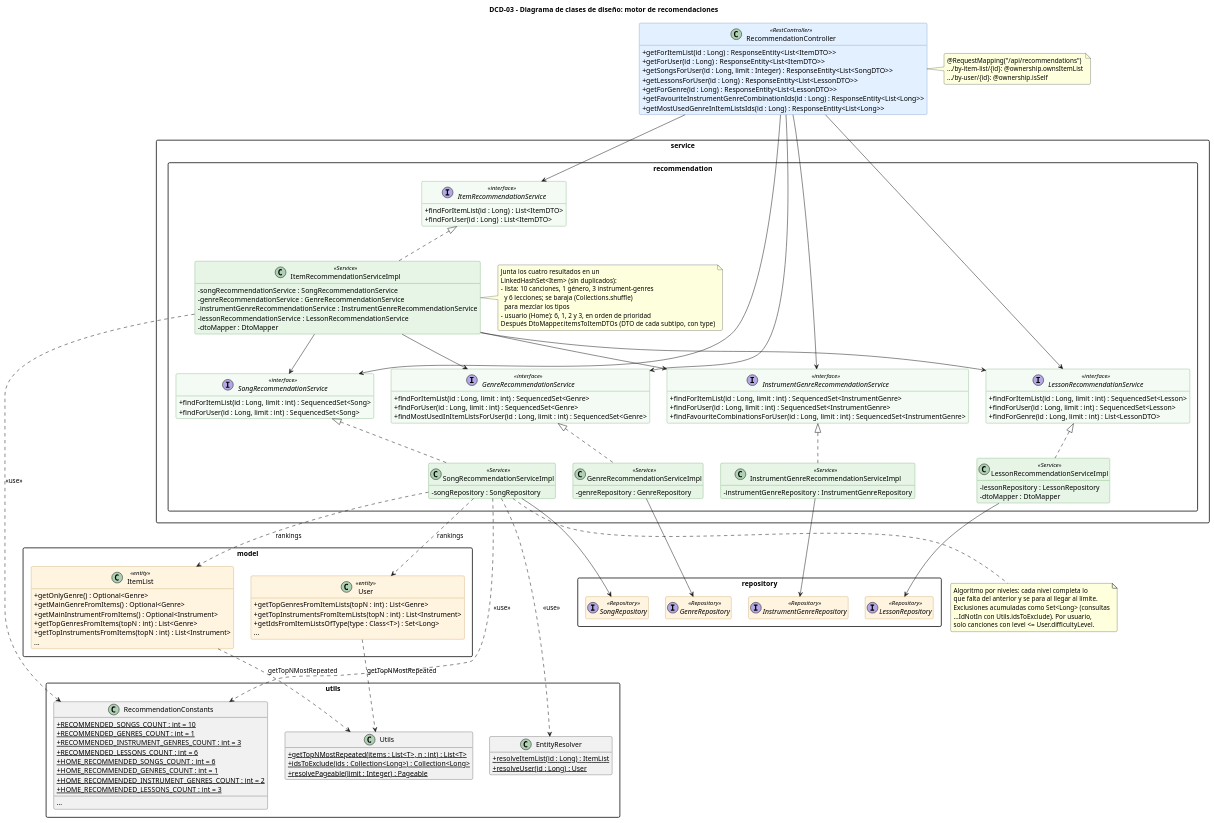
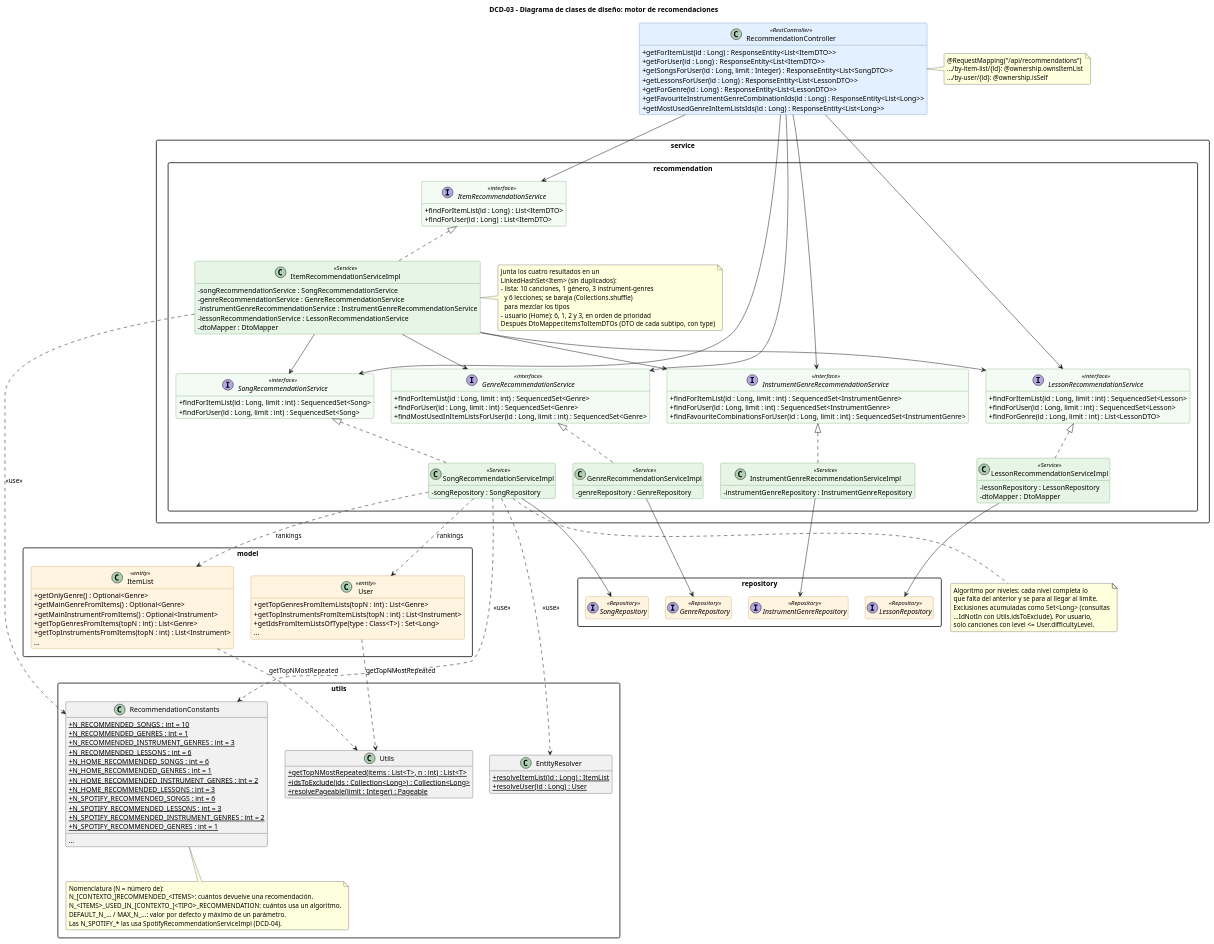
Before and after one commit to adrianmahialoredo/TFG: the diagram in diagrams/design_classes/DCD03_recomendaciones.puml, drawn with PlantUML. The commit also changed 142 other files, not shown here.

```diff
--- a/diagrams/design_classes/DCD03_recomendaciones.puml
+++ b/diagrams/design_classes/DCD03_recomendaciones.puml
@@ -1,183 +1,194 @@
 @startuml DCD-03
 title DCD-03 - Diagrama de clases de diseño: motor de recomendaciones
 
 ' Paquete service.recommendation: un servicio por tipo de item y un servicio combinador
 ' (ItemRecommendationService). Cada subservicio resuelve la lista o el usuario con
 ' EntityResolver y calcula los atributos dominantes con los rankings de dominio de ItemList
 ' / User (getTop...From..., getMain...From...), que usan Utils.getTopNMostRepeated.
 ' Las recomendaciones de Spotify están en DCD-04.
 ' Reglas: architecture.md §8 y recommendations.md.
 skinparam classAttributeIconSize 0
 skinparam roundcorner 6
 skinparam nodesep 35
 skinparam ranksep 70
 skinparam packageStyle rectangle
 skinparam class {
     BackgroundColor<<RestController>> #E3F0FF
     BorderColor<<RestController>> #3D6FA8
     BackgroundColor<<Service>> #E6F5E6
     BorderColor<<Service>> #3C8A3C
     BackgroundColor<<interface>> #F4FBF4
     BorderColor<<interface>> #3C8A3C
     BackgroundColor<<Repository>> #FFF4E0
     BorderColor<<Repository>> #B07A1F
     BackgroundColor<<entity>> #FFF4E0
     BorderColor<<entity>> #B07A1F
 }
 hide empty members
 
 class RecommendationController <<RestController>> {
     + getForItemList(id : Long) : ResponseEntity<List<ItemDTO>>
     + getForUser(id : Long) : ResponseEntity<List<ItemDTO>>
     + getSongsForUser(id : Long, limit : Integer) : ResponseEntity<List<SongDTO>>
     + getLessonsForUser(id : Long) : ResponseEntity<List<LessonDTO>>
     + getForGenre(id : Long) : ResponseEntity<List<LessonDTO>>
     + getFavouriteInstrumentGenreCombinationIds(id : Long) : ResponseEntity<List<Long>>
     + getMostUsedGenreInItemListsIds(id : Long) : ResponseEntity<List<Long>>
 }
 note right of RecommendationController : @RequestMapping("/api/recommendations")\n.../by-item-list/{id}: @ownership.ownsItemList\n.../by-user/{id}: @ownership.isSelf
 
 package "service.recommendation" {
     interface ItemRecommendationService <<interface>> {
         + findForItemList(id : Long) : List<ItemDTO>
         + findForUser(id : Long) : List<ItemDTO>
     }
 
     class ItemRecommendationServiceImpl <<Service>> {
         - songRecommendationService : SongRecommendationService
         - genreRecommendationService : GenreRecommendationService
         - instrumentGenreRecommendationService : InstrumentGenreRecommendationService
         - lessonRecommendationService : LessonRecommendationService
         - dtoMapper : DtoMapper
     }
     note right of ItemRecommendationServiceImpl
         Junta los cuatro resultados en un
         LinkedHashSet<Item> (sin duplicados):
         - lista: 10 canciones, 1 género, 3 instrument-genres
           y 6 lecciones; se baraja (Collections.shuffle)
           para mezclar los tipos
         - usuario (Home): 6, 1, 2 y 3, en orden de prioridad
         Después DtoMapper.itemsToItemDTOs (DTO de cada subtipo, con type)
     end note
 
     interface SongRecommendationService <<interface>> {
         + findForItemList(id : Long, limit : int) : SequencedSet<Song>
         + findForUser(id : Long, limit : int) : SequencedSet<Song>
     }
     interface GenreRecommendationService <<interface>> {
         + findForItemList(id : Long, limit : int) : SequencedSet<Genre>
         + findForUser(id : Long, limit : int) : SequencedSet<Genre>
         + findMostUsedInItemListsForUser(id : Long, limit : int) : SequencedSet<Genre>
     }
     interface InstrumentGenreRecommendationService <<interface>> {
         + findForItemList(id : Long, limit : int) : SequencedSet<InstrumentGenre>
         + findForUser(id : Long, limit : int) : SequencedSet<InstrumentGenre>
         + findFavouriteCombinationsForUser(id : Long, limit : int) : SequencedSet<InstrumentGenre>
     }
     interface LessonRecommendationService <<interface>> {
         + findForItemList(id : Long, limit : int) : SequencedSet<Lesson>
         + findForUser(id : Long, limit : int) : SequencedSet<Lesson>
         + findForGenre(id : Long, limit : int) : List<LessonDTO>
     }
 
     class SongRecommendationServiceImpl <<Service>> {
         - songRepository : SongRepository
     }
     class GenreRecommendationServiceImpl <<Service>> {
         - genreRepository : GenreRepository
     }
     class InstrumentGenreRecommendationServiceImpl <<Service>> {
         - instrumentGenreRepository : InstrumentGenreRepository
     }
     class LessonRecommendationServiceImpl <<Service>> {
         - lessonRepository : LessonRepository
         - dtoMapper : DtoMapper
     }
 }
 
 note bottom of SongRecommendationServiceImpl
     Algoritmo por niveles: cada nivel completa lo
     que falta del anterior y se para al llegar al límite.
     Exclusiones acumuladas como Set<Long> (consultas
     ...IdNotIn con Utils.idsToExclude). Por usuario,
     solo canciones con level <= User.difficultyLevel.
 end note
 
 package "model" {
     class ItemList <<entity>> {
         + getOnlyGenre() : Optional<Genre>
         + getMainGenreFromItems() : Optional<Genre>
         + getMainInstrumentFromItems() : Optional<Instrument>
         + getTopGenresFromItems(topN : int) : List<Genre>
         + getTopInstrumentsFromItems(topN : int) : List<Instrument>
         {method} ...
     }
     class User <<entity>> {
         + getTopGenresFromItemLists(topN : int) : List<Genre>
         + getTopInstrumentsFromItemLists(topN : int) : List<Instrument>
         + getIdsFromItemListsOfType(type : Class<T>) : Set<Long>
         {method} ...
     }
 }
 
 package "utils" {
     class EntityResolver {
         + {static} resolveItemList(id : Long) : ItemList
         + {static} resolveUser(id : Long) : User
     }
     class Utils {
         + {static} getTopNMostRepeated(items : List<T>, n : int) : List<T>
         + {static} idsToExclude(ids : Collection<Long>) : Collection<Long>
         + {static} resolvePageable(limit : Integer) : Pageable
     }
     class RecommendationConstants {
-        + {static} RECOMMENDED_SONGS_COUNT : int = 10
-        + {static} RECOMMENDED_GENRES_COUNT : int = 1
-        + {static} RECOMMENDED_INSTRUMENT_GENRES_COUNT : int = 3
-        + {static} RECOMMENDED_LESSONS_COUNT : int = 6
-        + {static} HOME_RECOMMENDED_SONGS_COUNT : int = 6
-        + {static} HOME_RECOMMENDED_GENRES_COUNT : int = 1
-        + {static} HOME_RECOMMENDED_INSTRUMENT_GENRES_COUNT : int = 2
-        + {static} HOME_RECOMMENDED_LESSONS_COUNT : int = 3
+        + {static} N_RECOMMENDED_SONGS : int = 10
+        + {static} N_RECOMMENDED_GENRES : int = 1
+        + {static} N_RECOMMENDED_INSTRUMENT_GENRES : int = 3
+        + {static} N_RECOMMENDED_LESSONS : int = 6
+        + {static} N_HOME_RECOMMENDED_SONGS : int = 6
+        + {static} N_HOME_RECOMMENDED_GENRES : int = 1
+        + {static} N_HOME_RECOMMENDED_INSTRUMENT_GENRES : int = 2
+        + {static} N_HOME_RECOMMENDED_LESSONS : int = 3
+        + {static} N_SPOTIFY_RECOMMENDED_SONGS : int = 6
+        + {static} N_SPOTIFY_RECOMMENDED_LESSONS : int = 3
+        + {static} N_SPOTIFY_RECOMMENDED_INSTRUMENT_GENRES : int = 2
+        + {static} N_SPOTIFY_RECOMMENDED_GENRES : int = 1
         {method} ...
     }
+    note bottom of RecommendationConstants
+        Nomenclatura (N = número de):
+        N_[CONTEXTO_]RECOMMENDED_<ITEMS>: cuántos devuelve una recomendación.
+        N_<ITEMS>_USED_IN_[CONTEXTO_]<TIPO>_RECOMMENDATION: cuántos usa un algoritmo.
+        DEFAULT_N_... / MAX_N_...: valor por defecto y máximo de un parámetro.
+        Las N_SPOTIFY_* las usa SpotifyRecommendationServiceImpl (DCD-04).
+    end note
 }
 
 package "repository" {
     interface SongRepository <<Repository>>
     interface GenreRepository <<Repository>>
     interface InstrumentGenreRepository <<Repository>>
     interface LessonRepository <<Repository>>
 }
 
 RecommendationController --> ItemRecommendationService
 RecommendationController --> SongRecommendationService
 RecommendationController --> GenreRecommendationService
 RecommendationController --> InstrumentGenreRecommendationService
 RecommendationController --> LessonRecommendationService
 
 ItemRecommendationService <|.. ItemRecommendationServiceImpl
 ItemRecommendationServiceImpl --> SongRecommendationService
 ItemRecommendationServiceImpl --> GenreRecommendationService
 ItemRecommendationServiceImpl --> InstrumentGenreRecommendationService
 ItemRecommendationServiceImpl --> LessonRecommendationService
 
 SongRecommendationService <|.. SongRecommendationServiceImpl
 GenreRecommendationService <|.. GenreRecommendationServiceImpl
 InstrumentGenreRecommendationService <|.. InstrumentGenreRecommendationServiceImpl
 LessonRecommendationService <|.. LessonRecommendationServiceImpl
 
 SongRecommendationServiceImpl --> SongRepository
 GenreRecommendationServiceImpl --> GenreRepository
 InstrumentGenreRecommendationServiceImpl --> InstrumentGenreRepository
 LessonRecommendationServiceImpl --> LessonRepository
 
 SongRecommendationServiceImpl ..> EntityResolver : <<use>>
 SongRecommendationServiceImpl ..> ItemList : rankings
 SongRecommendationServiceImpl ..> User : rankings
 SongRecommendationServiceImpl ..> RecommendationConstants : <<use>>
 ItemRecommendationServiceImpl ..> RecommendationConstants : <<use>>
 ItemList ..> Utils : getTopNMostRepeated
 User ..> Utils : getTopNMostRepeated
 
 @enduml
```
